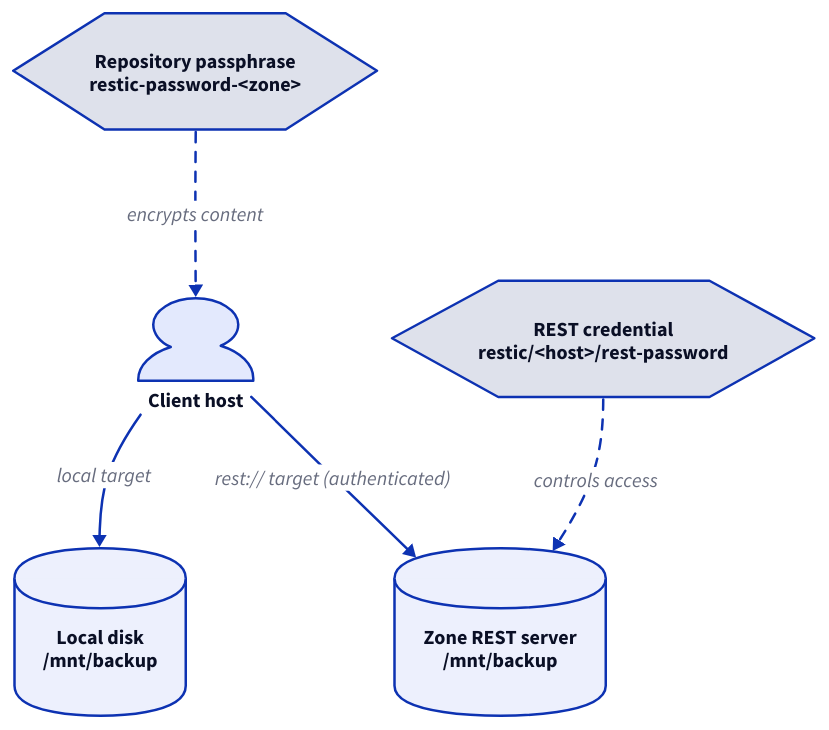
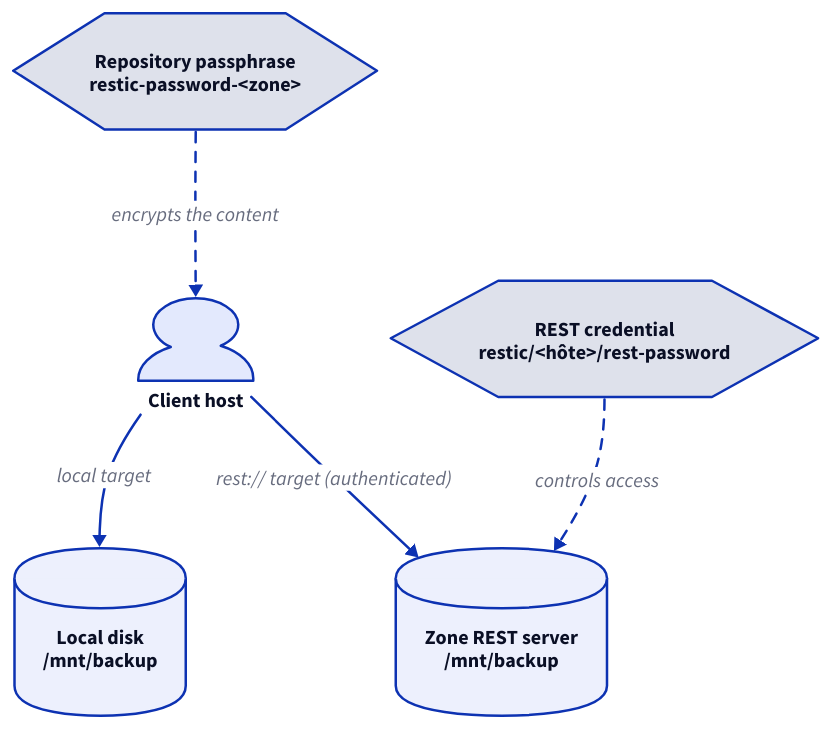
One commit to darkone-linux/dnf-doc changed the diagram in src/content/docs/en/doc/how-to/admin/network-backup.mdx. Above: the diagram before and after it, drawn with D2. The commit also changed other lines of this file and 9 other files, not shown here.

````diff
--- a/src/content/docs/en/doc/how-to/admin/network-backup.mdx
+++ b/src/content/docs/en/doc/how-to/admin/network-backup.mdx
@@ -28,32 +28,32 @@
 ```d2
 style.fill: transparent
 direction: down
 
 client: Client host {
   shape: person
 }
 
 passphrase: Repository passphrase\nrestic-password-<zone> {
   shape: hexagon
 }
-cred: REST credential\nrestic/<host>/rest-password {
+cred: REST credential\nrestic/<hôte>/rest-password {
   shape: hexagon
 }
 
 local: Local disk\n/mnt/backup {
   shape: cylinder
 }
 server: Zone REST server\n/mnt/backup {
   shape: cylinder
 }
 
 client -> local: local target
 client -> server: rest:// target (authenticated)
 
-passphrase -> client: encrypts content {
+passphrase -> client: encrypts the content {
   style.stroke-dash: 4
 }
 cred -> server: controls access {
   style.stroke-dash: 4
 }
 ```
````
